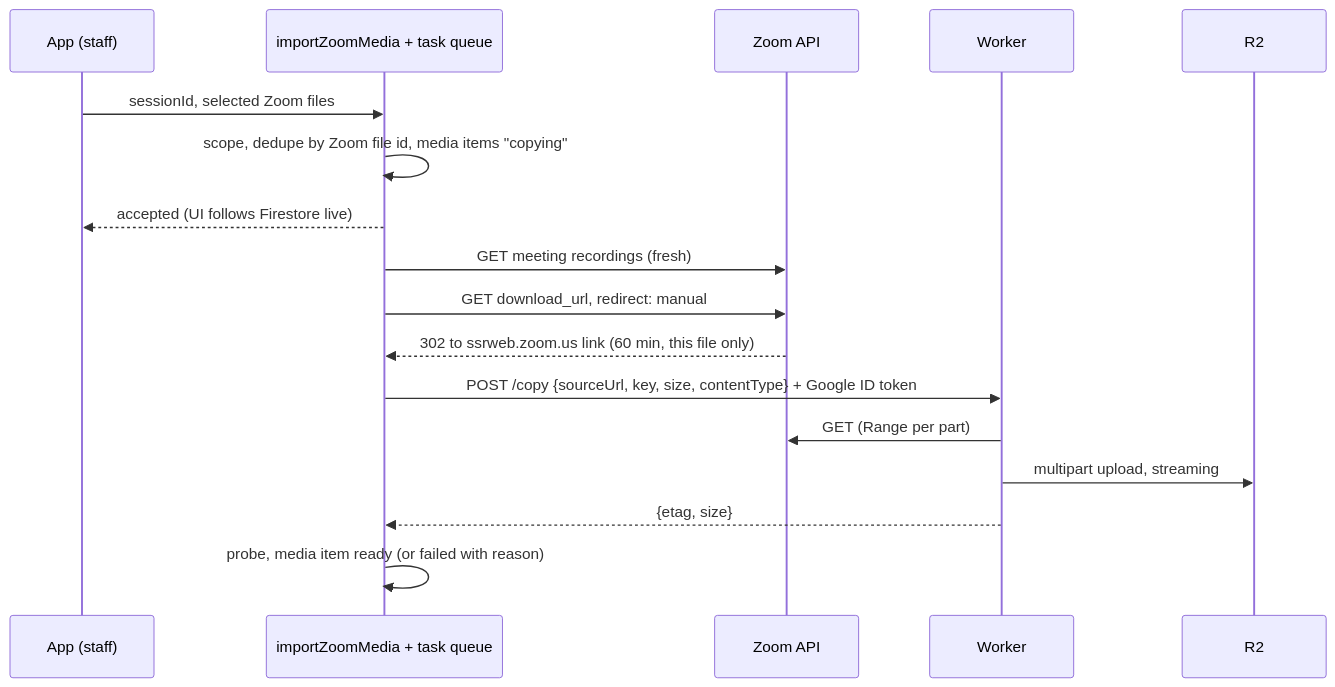
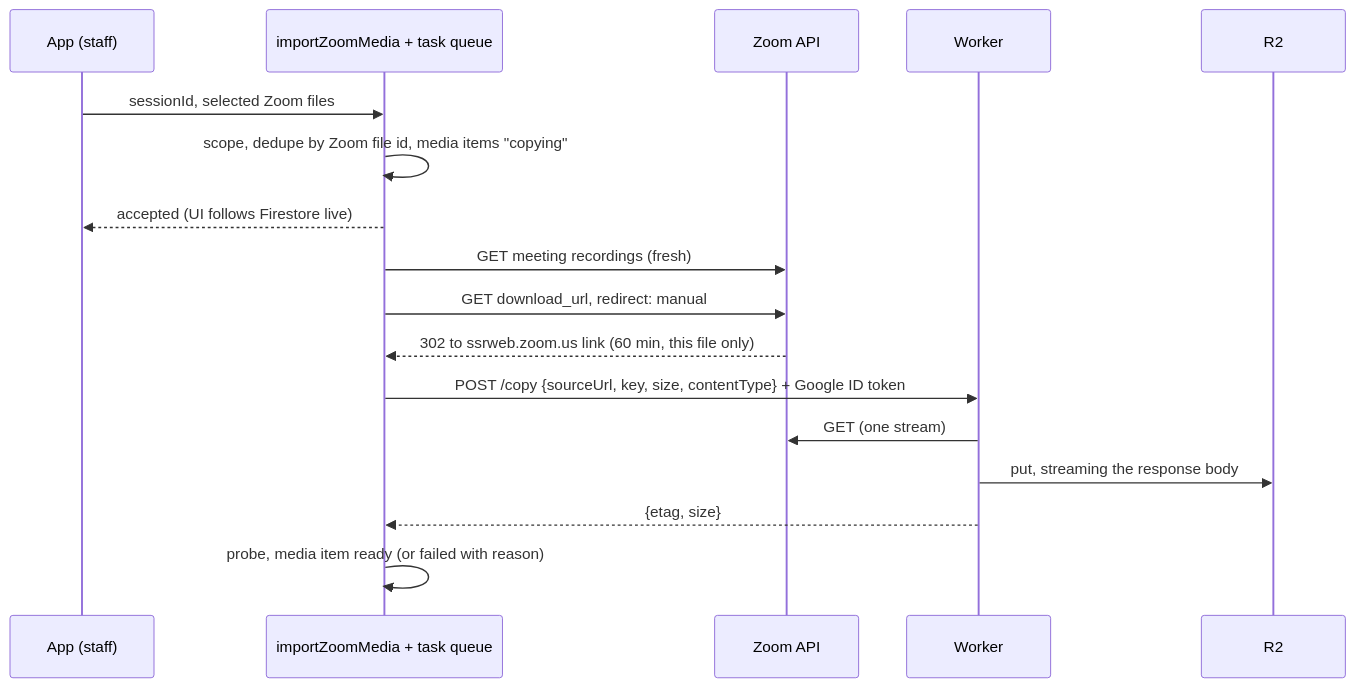
One commit to Sabeel-Institute/lms changed the fourth of 4 diagrams in docs/plans/MEDIA-ON-CLOUDFLARE.md. Above: the diagram before and after it, drawn with Mermaid. The commit also changed other lines of this file and 2 other files, not shown here.

````diff
--- a/docs/plans/MEDIA-ON-CLOUDFLARE.md
+++ b/docs/plans/MEDIA-ON-CLOUDFLARE.md
@@ -129,19 +129,19 @@
 ```mermaid
 sequenceDiagram
   participant A as App (staff)
   participant F as importZoomMedia + task queue
   participant Z as Zoom API
   participant W as Worker
   participant R as R2
   A->>F: sessionId, selected Zoom files
   F->>F: scope, dedupe by Zoom file id, media items "copying"
   F-->>A: accepted (UI follows Firestore live)
   F->>Z: GET meeting recordings (fresh)
   F->>Z: GET download_url, redirect: manual
   Z-->>F: 302 to ssrweb.zoom.us link (60 min, this file only)
   F->>W: POST /copy {sourceUrl, key, size, contentType} + Google ID token
-  W->>Z: GET (Range per part)
-  W->>R: multipart upload, streaming
+  W->>Z: GET (one stream)
+  W->>R: put, streaming the response body
   W-->>F: {etag, size}
   F->>F: probe, media item ready (or failed with reason)
 ```
````
